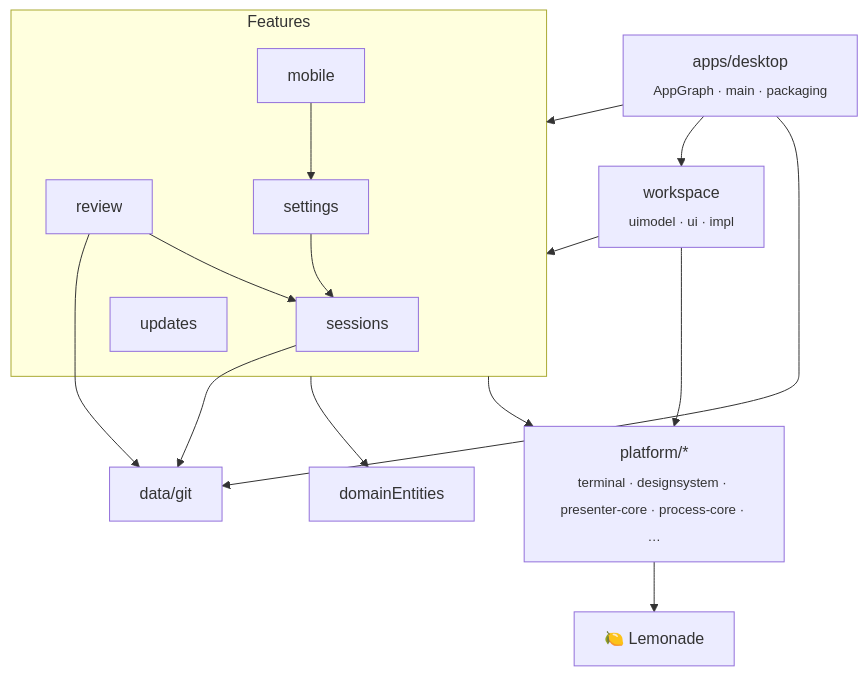
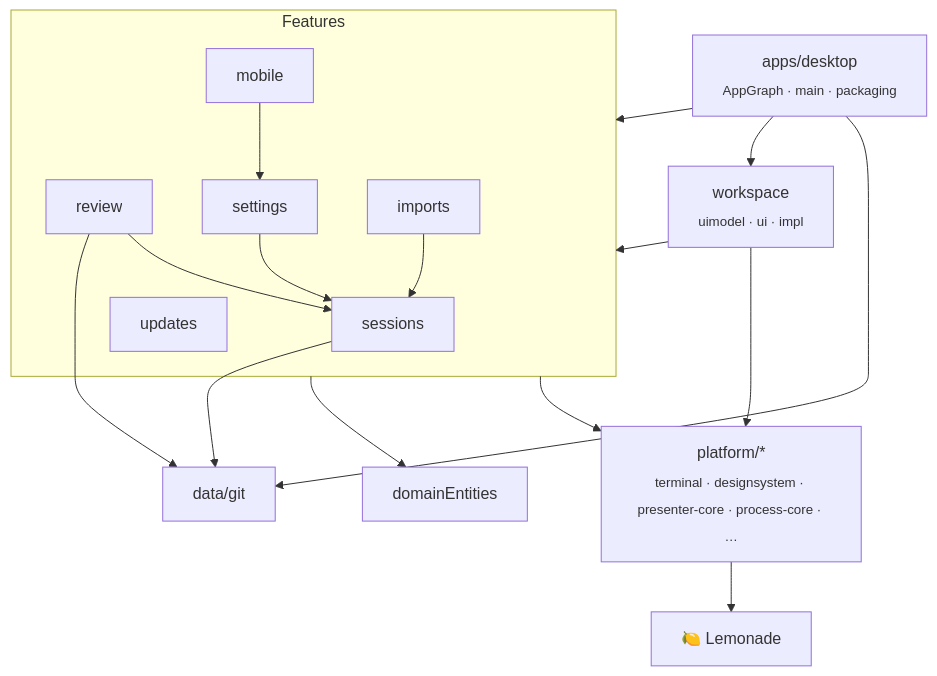
Before and after one commit to williankl/l-code: the first of 2 diagrams in docs/ARCHITECTURE.md, drawn with Mermaid. The commit also changed other lines of this file and 52 other files, not shown here.

````diff
--- a/docs/ARCHITECTURE.md
+++ b/docs/ARCHITECTURE.md
@@ -15,30 +15,32 @@
 ```mermaid
 flowchart TB
     app["apps/desktop<br/><sub>AppGraph · main · packaging</sub>"]
     ws["workspace<br/><sub>uimodel · ui · impl</sub>"]
     subgraph features ["Features"]
         sessions["sessions"]
         review["review"]
         settings["settings"]
         updates["updates"]
         mobile["mobile"]
+        imports["imports"]
     end
     git["data/git"]
     domain["domainEntities"]
     platform["platform/*<br/><sub>terminal · designsystem · presenter-core · process-core · …</sub>"]
     lemonade["🍋 Lemonade"]
 
     app --> ws
     app --> features
     app --> git
     ws --> features
     review --> git
     review --> sessions
     settings --> sessions
     mobile --> settings
+    imports --> sessions
     sessions --> git
     features --> domain
     features --> platform
     ws --> platform
     platform --> lemonade
 ```
````
